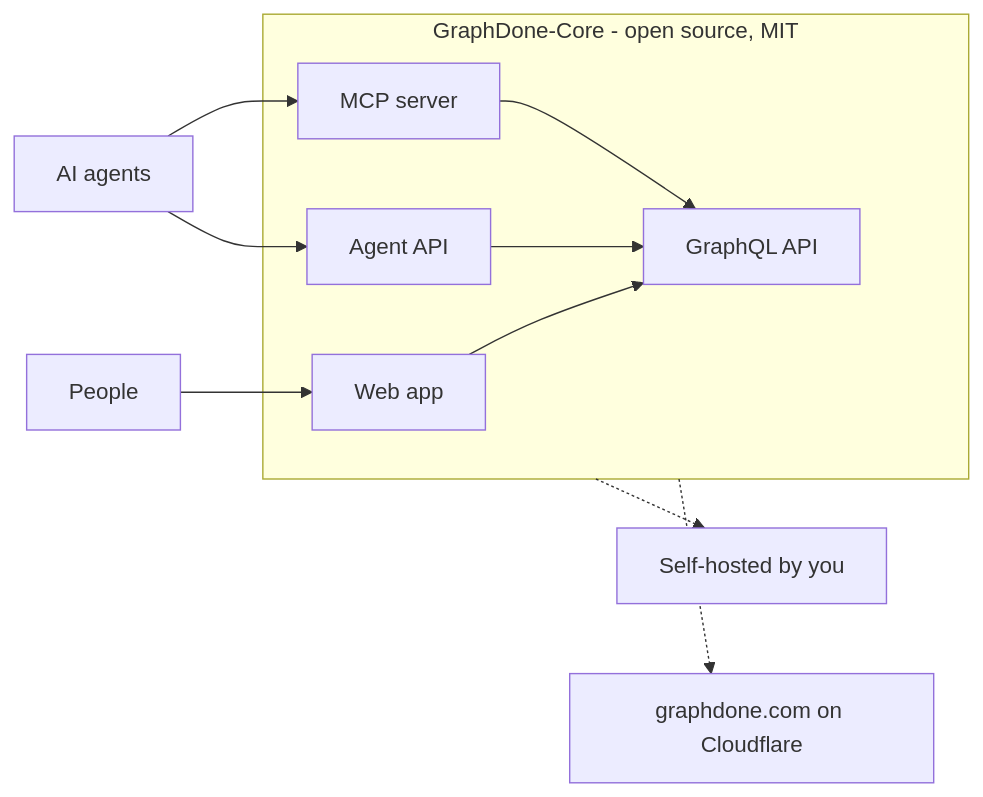
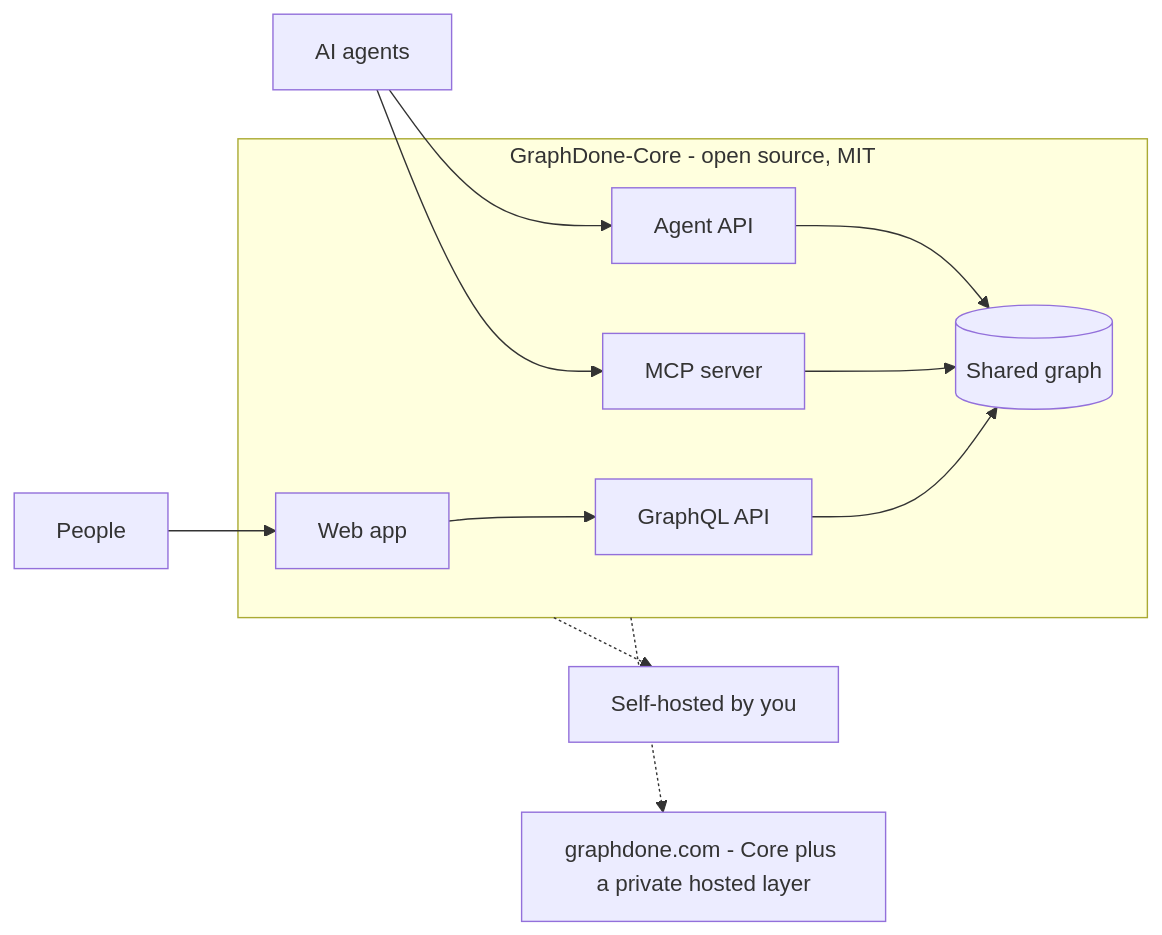
Before and after one commit to GraphDone/.github: the diagram in profile/README.md, drawn with Mermaid. The commit also changed other lines of this file and 2 other files, not shown here.

Commit message:
Profile: accurate data paths, honest get-started, agent API on dev
- The system map: the web app reaches the graph through GraphQL; the MCP
  server and the agent API reach it directly.
- Get started no longer promises the one-line installer while
  GraphDone-Core#243 is open; it points at the manual steps.
- The agent API is noted as in development on Core's dev branch.
- The org banner's links follow the real paths (regenerated).

````diff
--- a/profile/README.md
+++ b/profile/README.md
@@ -15,13 +15,14 @@
 ```mermaid
 flowchart LR
     P[People] --> W[Web app]
     A[AI agents] --> M[MCP server]
     A --> AA[Agent API]
     subgraph C [GraphDone-Core - open source, MIT]
         W --> G[GraphQL API]
-        M --> G
-        AA --> G
+        G --> D[(Shared graph)]
+        M --> D
+        AA --> D
     end
     C -.-> S[Self-hosted by you]
-    C -.-> H[graphdone.com on Cloudflare]
+    C -.-> H[graphdone.com - Core plus a private hosted layer]
 ```
````
